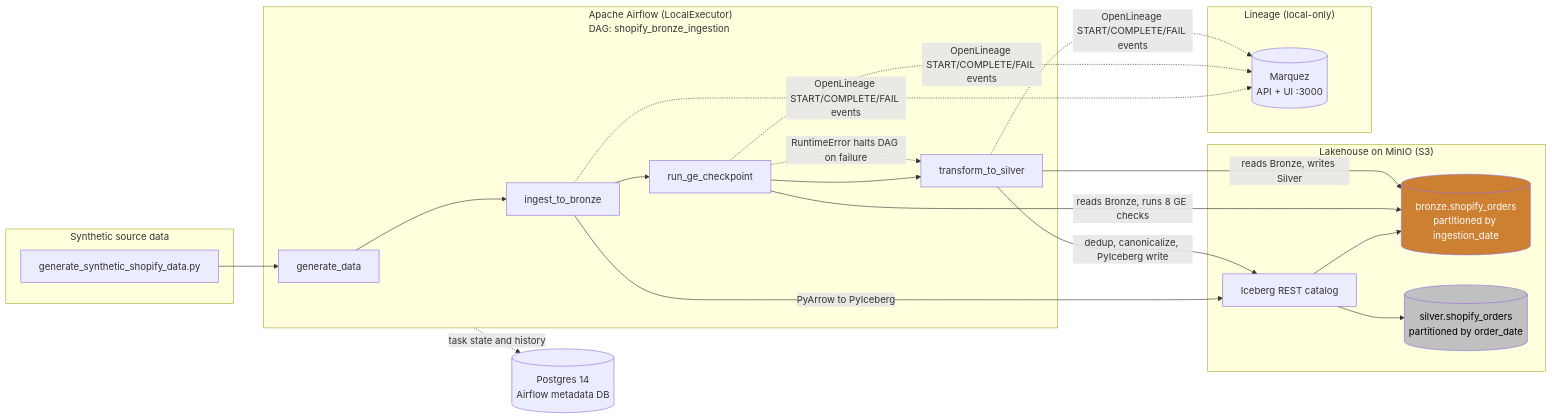
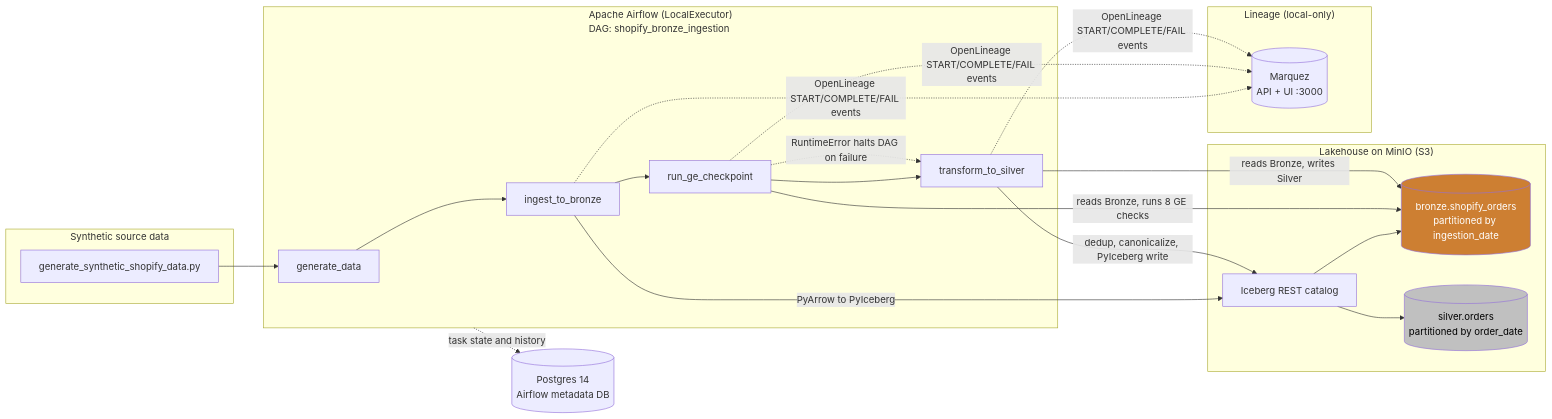
The diagram in README.md (aadhilajas/cartco-lakehouse), drawn with Mermaid before and after one commit. The commit also changed other lines of this file and 6 other files, not shown here.

Commit message:
docs+test: ADR for silver.orders consolidation, fix stale references, add cross-channel overwrite isolation test

````diff
--- a/README.md
+++ b/README.md
@@ -38,45 +38,45 @@
 ```mermaid
 flowchart LR
     subgraph GEN_STAGE["Synthetic source data"]
         GEN_SCRIPT["generate_synthetic_shopify_data.py"]
     end
 
     subgraph ORCH["Apache Airflow (LocalExecutor)<br/>DAG: shopify_bronze_ingestion"]
         T1["generate_data"]
         T2["ingest_to_bronze"]
         T3["run_ge_checkpoint"]
         T4["transform_to_silver"]
         T1 --> T2 --> T3 --> T4
     end
 
     META[("Postgres 14<br/>Airflow metadata DB")]
 
     subgraph LAKE["Lakehouse on MinIO (S3)"]
         REST["Iceberg REST catalog"]
         BRONZE[("bronze.shopify_orders<br/>partitioned by ingestion_date")]
-        SILVER[("silver.shopify_orders<br/>partitioned by order_date")]
+        SILVER[("silver.orders<br/>partitioned by order_date")]
     end
 
     subgraph LINEAGE["Lineage (local-only)"]
         MARQUEZ[("Marquez<br/>API + UI :3000")]
     end
 
     GEN_SCRIPT --> T1
     T2 -->|PyArrow to PyIceberg| REST
     REST --> BRONZE
 
     T3 -->|reads Bronze, runs 8 GE checks| BRONZE
     T3 -.->|RuntimeError halts DAG on failure| T4
 
     T4 -->|reads Bronze, writes Silver| BRONZE
     T4 -->|dedup, canonicalize, PyIceberg write| REST
     REST --> SILVER
 
     ORCH -.->|task state and history| META
     T2 -.->|OpenLineage START/COMPLETE/FAIL events| MARQUEZ
     T3 -.->|OpenLineage START/COMPLETE/FAIL events| MARQUEZ
     T4 -.->|OpenLineage START/COMPLETE/FAIL events| MARQUEZ
 
     style BRONZE fill:#cd7f32,color:#fff
     style SILVER fill:#c0c0c0,color:#000
 ```
````
